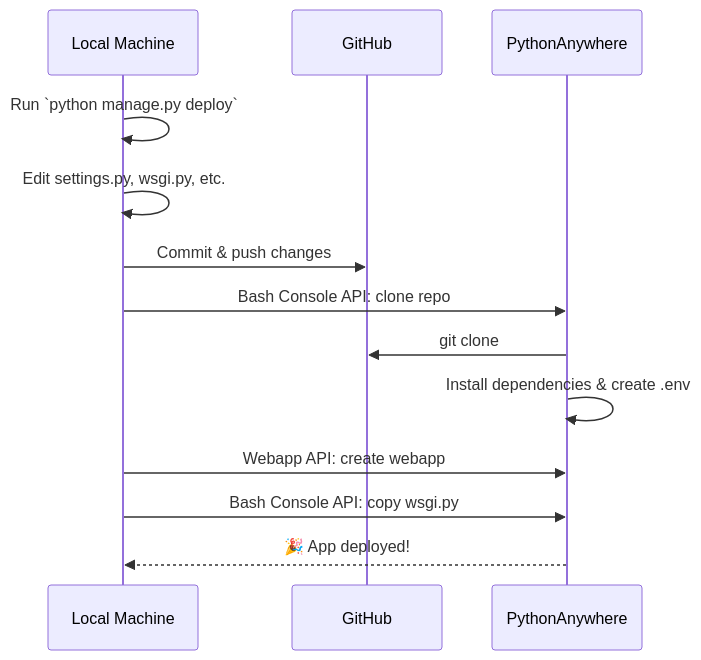
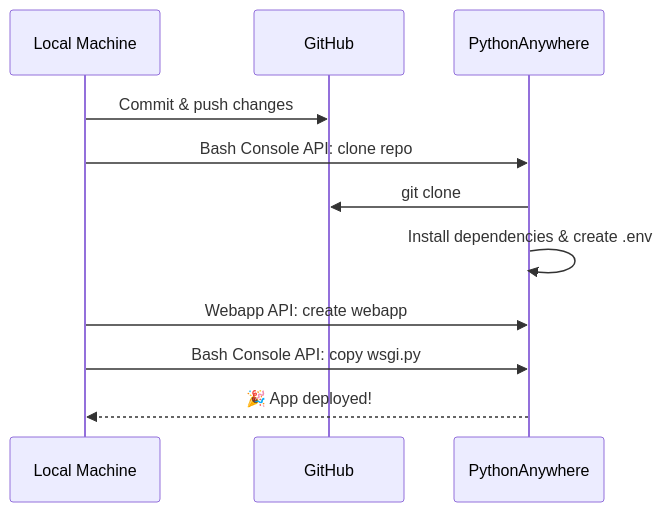
One commit to caktus/dsd-pythonanywhere changed the diagram in README.md. Above: the diagram before and after it, drawn with Mermaid.

Commit message:
simplify diagram

````diff
--- a/README.md
+++ b/README.md
@@ -67,19 +67,17 @@
 ```mermaid
 sequenceDiagram
     participant User as Local Machine
     participant GitHub
     participant PA as PythonAnywhere
 
-    User->>User: Run `python manage.py deploy`
-    User->>User: Edit settings.py, wsgi.py, etc.
     User->>GitHub: Commit & push changes
 
     User->>PA: Bash Console API: clone repo
     PA->>GitHub: git clone
     PA->>PA: Install dependencies & create .env
 
     User->>PA: Webapp API: create webapp
     User->>PA: Bash Console API: copy wsgi.py
 
     PA-->>User: 🎉 App deployed!
 ```
````
